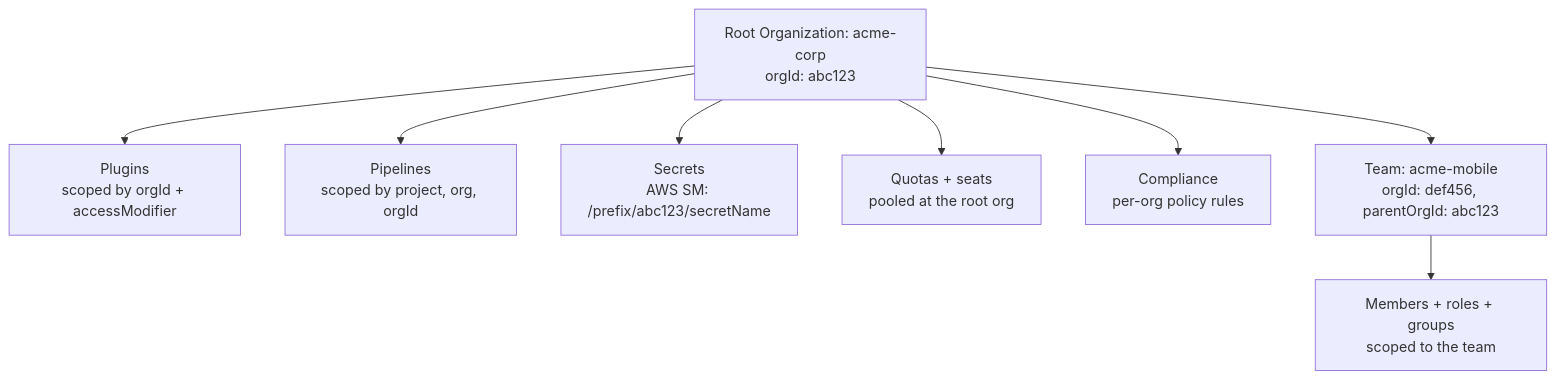
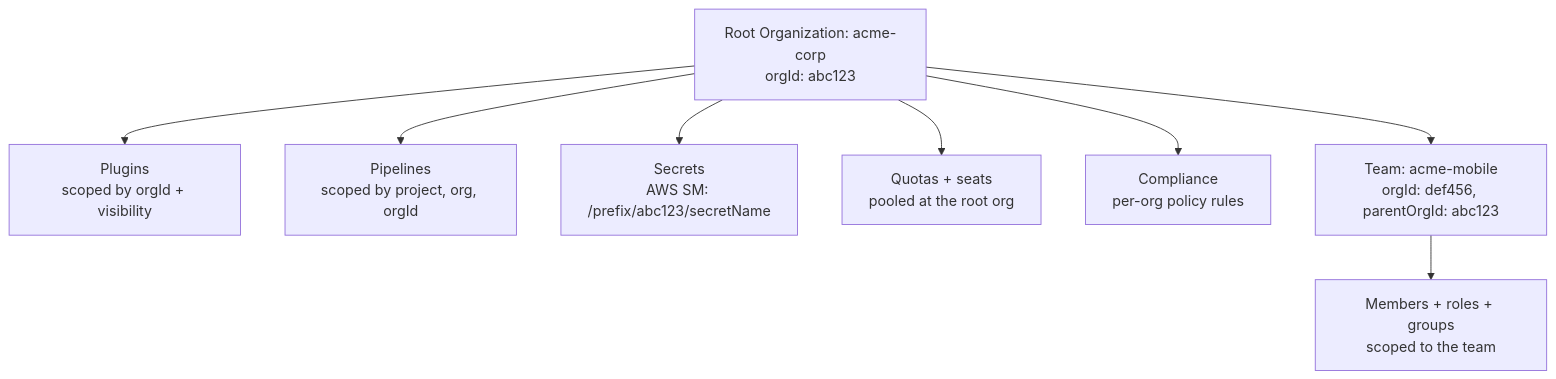
Before and after one commit to mwashburn160/pipeline-builder: the tenth of 10 diagrams in docs/architecture-flow.md, drawn with Mermaid. The commit also changed 442 other files, not shown here.

````diff
--- a/docs/architecture-flow.md
+++ b/docs/architecture-flow.md
@@ -304,11 +304,11 @@
 ```mermaid
 flowchart TB
     ROOT[Root Organization: acme-corp<br/>orgId: abc123]
-    ROOT --> PLUG[Plugins<br/>scoped by orgId + accessModifier]
+    ROOT --> PLUG[Plugins<br/>scoped by orgId + visibility]
     ROOT --> PIPE[Pipelines<br/>scoped by project, org, orgId]
     ROOT --> SEC[Secrets<br/>AWS SM: /prefix/abc123/secretName]
     ROOT --> QUO[Quotas + seats<br/>pooled at the root org]
     ROOT --> COMP[Compliance<br/>per-org policy rules]
     ROOT --> TEAM[Team: acme-mobile<br/>orgId: def456, parentOrgId: abc123]
     TEAM --> TMEM[Members + roles + groups<br/>scoped to the team]
 ```
````
